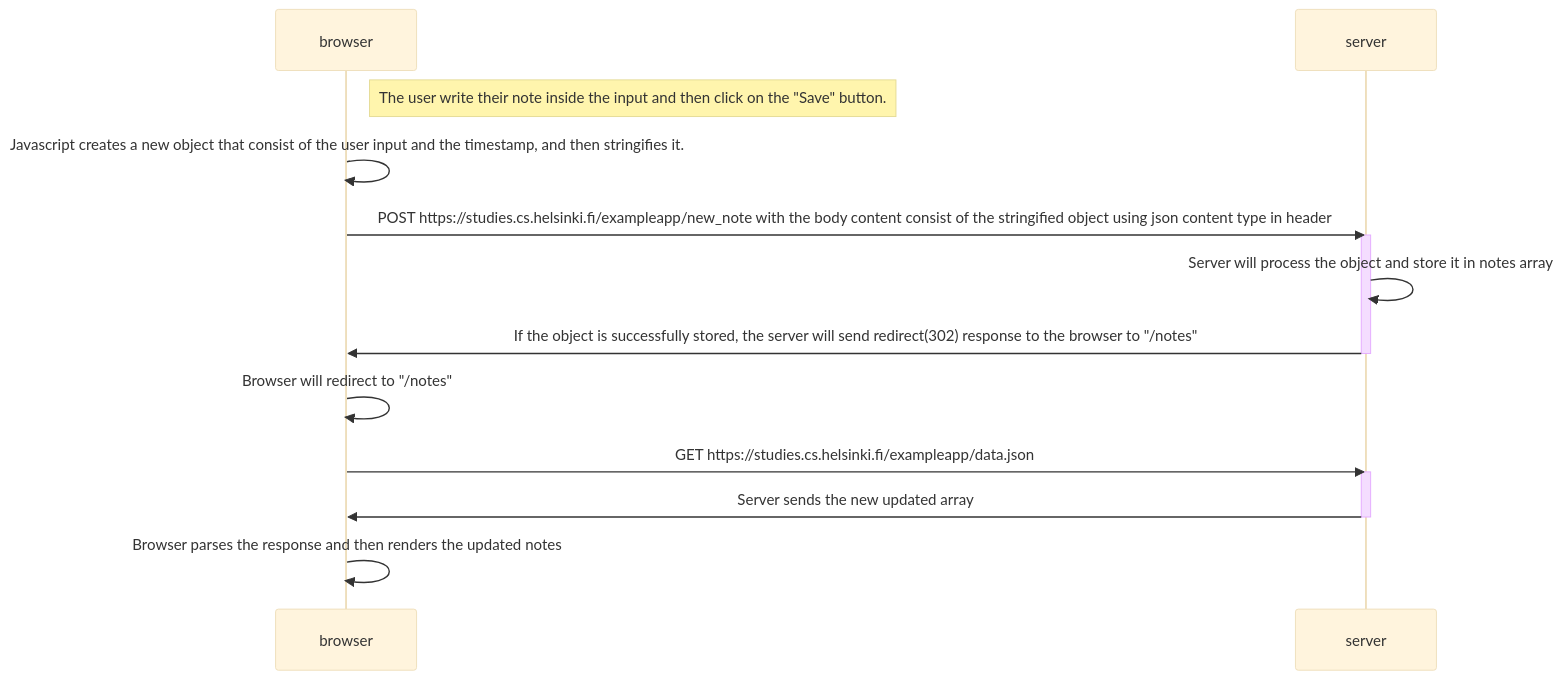
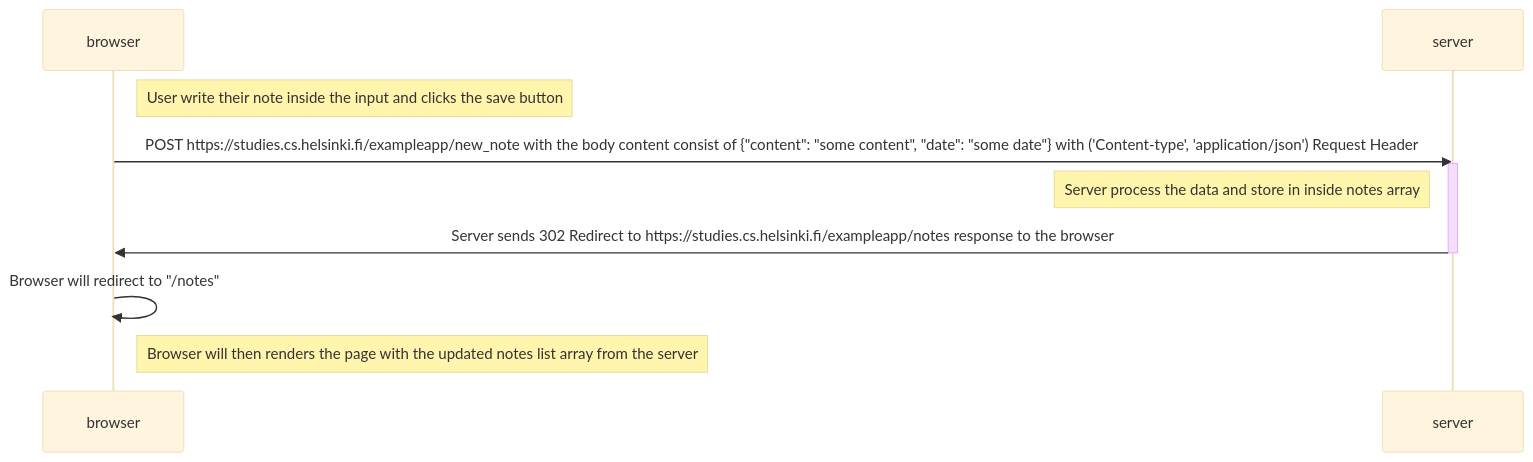
One commit to LinCie/FullStackOpen_Submissions changed the diagram in part0/04newnote/diagram.md. Above: the diagram before and after it, drawn with Mermaid (base theme).

Commit message:
rewrite 04 diagram

````diff
--- a/part0/04newnote/diagram.md
+++ b/part0/04newnote/diagram.md
@@ -3,23 +3,16 @@
 ```mermaid
 sequenceDiagram;
     participant browser;
     participant server;
 
-    Note right of browser: The user write their note inside the input and then click on the "Save" button.;
+    Note right of browser: User write their note inside the input and clicks the save button;
 
-    browser->>browser: Javascript creates a new object that consist of the user input and the timestamp, and then stringifies it.;
-
-    browser->>server: POST https://studies.cs.helsinki.fi/exampleapp/new_note with the body content consist of the stringified object using json content type in header;
+    browser->>server: POST https://studies.cs.helsinki.fi/exampleapp/new_note with the body content consist of {"content": "some content", "date": "some date"} with ('Content-type', 'application/json') Request Header;
     activate server;
-    server->>server: Server will process the object and store it in notes array;
-    server->>browser: If the object is successfully stored, the server will send redirect(302) response to the browser to "/notes";
+    Note left of server: Server process the data and store in inside notes array;
+    server->>browser: Server sends 302 Redirect to https://studies.cs.helsinki.fi/exampleapp/notes response to the browser;
     deactivate server;
 
-    browser->>browser: Browser will redirect to "/notes"
-    browser->>server: GET https://studies.cs.helsinki.fi/exampleapp/data.json;
-    activate server;
-    server->>browser: Server sends the new updated array;
-    deactivate server;
-
-    browser->>browser: Browser parses the response and then renders the updated notes;
+    browser->>browser: Browser will redirect to "/notes";
+    Note right of browser: Browser will then renders the page with the updated notes list array from the server
 ```
````
